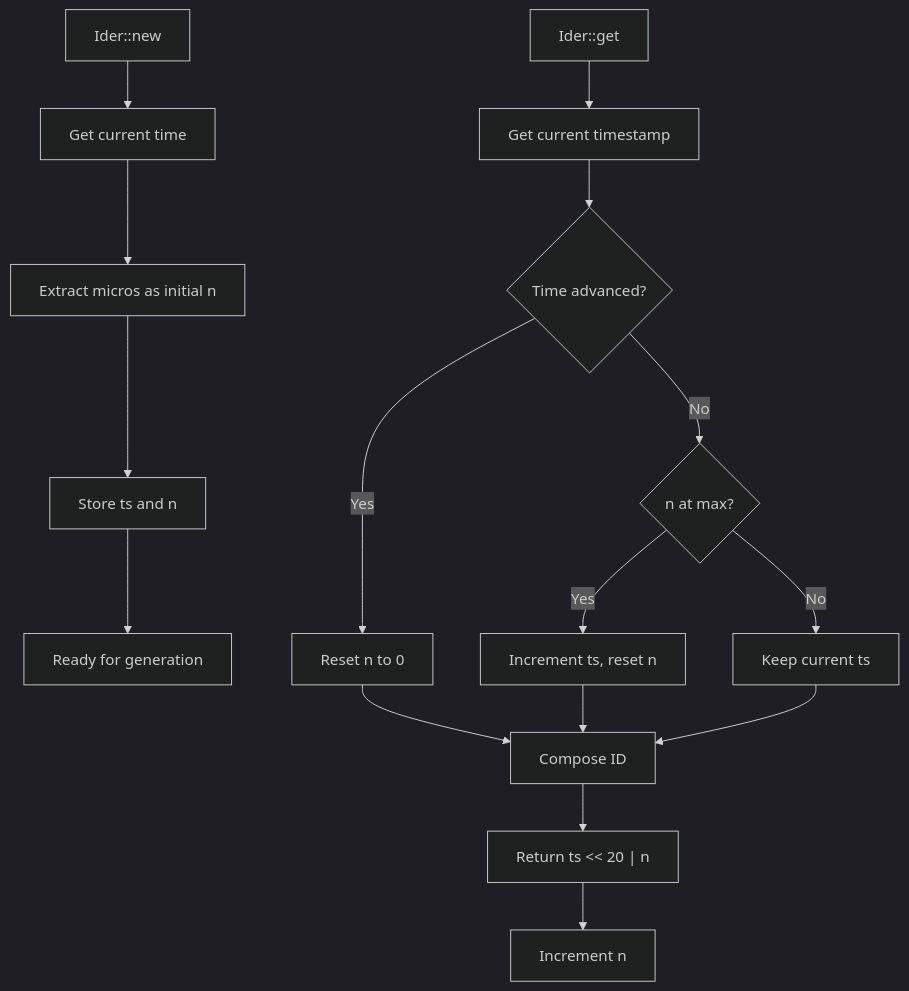
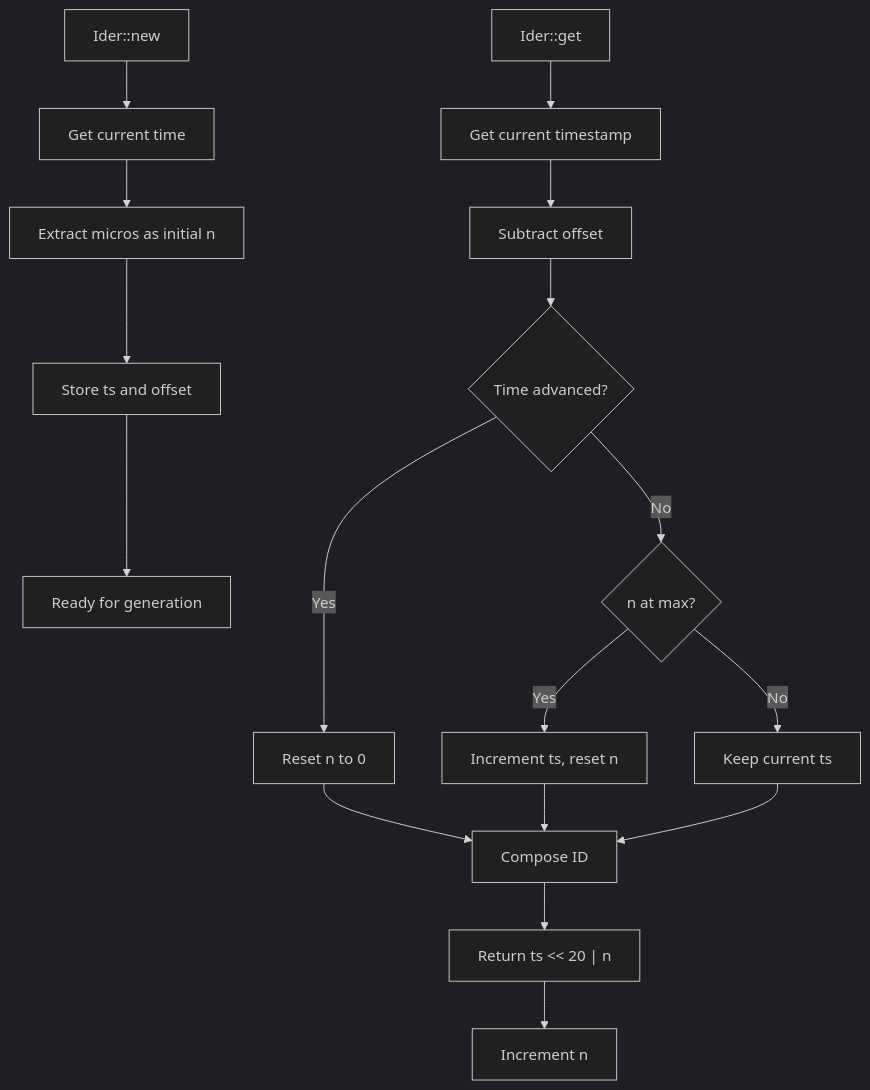
One commit to js0-site/rust changed the diagram in ider/readme/en.md. Above: the diagram before and after it, drawn with Mermaid (dark theme). The commit also changed other lines of this file and 4 other files, not shown here.

````diff
--- a/ider/readme/en.md
+++ b/ider/readme/en.md
@@ -104,19 +168,20 @@
 ```mermaid
 graph TD
     A[Ider::new] --> B[Get current time]
     B --> C[Extract micros as initial n]
-    C --> D[Store ts and n]
+    C --> D[Store ts and offset]
     D --> E[Ready for generation]
     
     F[Ider::get] --> G[Get current timestamp]
-    G --> H{Time advanced?}
-    H -->|Yes| I[Reset n to 0]
-    H -->|No| J{n at max?}
-    J -->|Yes| K[Increment ts, reset n]
-    J -->|No| L[Keep current ts]
-    I --> M[Compose ID]
-    K --> M
-    L --> M
-    M --> N["Return ts << 20 | n"]
-    N --> O[Increment n]
+    G --> H[Subtract offset]
+    H --> I{Time advanced?}
+    I -->|Yes| J[Reset n to 0]
+    I -->|No| K{n at max?}
+    K -->|Yes| L[Increment ts, reset n]
+    K -->|No| M[Keep current ts]
+    J --> N[Compose ID]
+    L --> N
+    M --> N
+    N --> O["Return ts << 20 | n"]
+    O --> P[Increment n]
 ```
````
